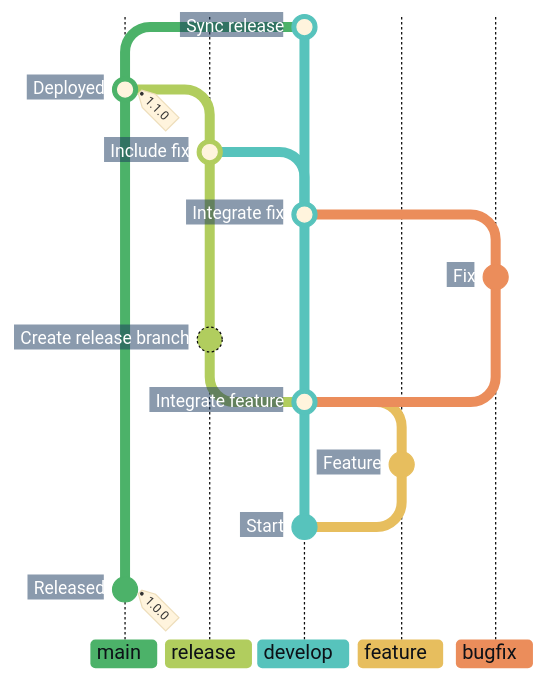
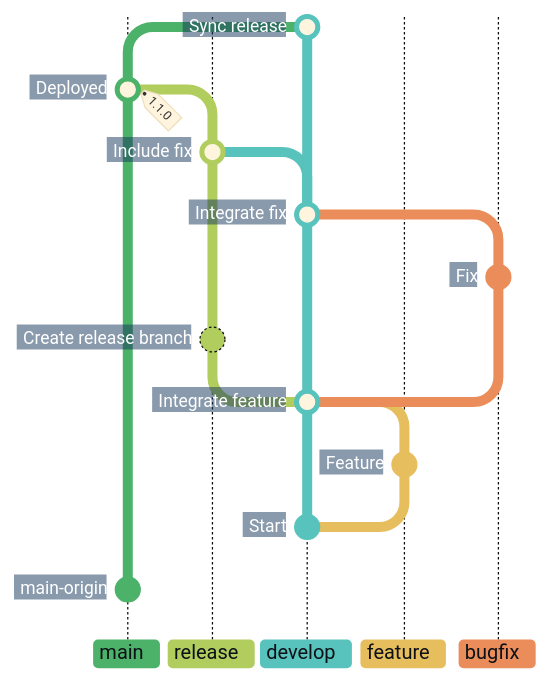
The first of 7 diagrams in docs/adr/cicd.md (superhero/operations.superduper.solutions), drawn with Mermaid before and after one commit.

Commit message:
docs: remove the initial main marker from the overview
Hide the initial main commit and omit its version tag while preserving the structural anchor Mermaid needs for release publication.

````diff
--- a/docs/adr/cicd.md
+++ b/docs/adr/cicd.md
@@ -15,34 +15,35 @@
 ```mermaid
-%%{init: {"theme": "base", "themeCSS": "line.branch { stroke: #8B949E; stroke-width: 1px; stroke-dasharray: 1 4; stroke-linecap: round; } .branchLabel, .tag-label { font-weight: 700; } .tag-label-bkg, .commit-label-bkg { opacity: 0.9; } .tag-label-bkg { fill: #B8E6C4; stroke: #8ED3A2; } .branchLabelBkg { opacity: 1; clip-path: inset(0 8px 0 0 round 4px) fill-box; } .commit-labels g:nth-last-of-type(-n+2) { visibility: hidden; } .commit-labels g { transform-box: fill-box; transform-origin: calc(100% + 17px) calc(50% + 2px); transform: rotate(-10deg); } .commit-label { font-weight: 700; transform: translateX(-8px); } .commit-label-bkg { stroke: #17365D; stroke-width: 20px; transform: translateX(-5px); clip-path: polygon(-4px -4px, calc(100% + 4px) -4px, calc(100% + 10px) 50%, calc(100% + 4px) calc(100% + 4px), -4px calc(100% + 4px)) fill-box; } .commit.branch { stroke: #B1CD5E; stroke-dasharray: none; }", "gitGraph": {"showCommitLabel": true, "rotateCommitLabel": false}, "themeVariables": {
+%%{init: {"theme": "base", "themeCSS": "line.branch { stroke: #8B949E; stroke-width: 1px; stroke-dasharray: 1 4; stroke-linecap: round; } .branchLabel, .tag-label { font-weight: 700; } .tag-label-bkg, .commit-label-bkg { opacity: 0.9; } .tag-label-bkg { fill: #B8E6C4; stroke: #8ED3A2; } .branchLabelBkg { opacity: 1; clip-path: inset(0 8px 0 0 round 4px) fill-box; } .commit-labels g:nth-last-of-type(-n+2), .commit.main-origin { visibility: hidden; } .commit-labels g { transform-box: fill-box; transform-origin: calc(100% + 17px) calc(50% + 2px); transform: rotate(-10deg); } .commit-label { font-weight: 700; transform: translateX(-8px); } .commit-label-bkg { stroke: #17365D; stroke-width: 20px; transform: translateX(-5px); clip-path: polygon(-4px -4px, calc(100% + 4px) -4px, calc(100% + 10px) 50%, calc(100% + 4px) calc(100% + 4px), -4px calc(100% + 4px)) fill-box; } .commit.branch { stroke: #B1CD5E; stroke-dasharray: none; }", "gitGraph": {"showCommitLabel": true, "rotateCommitLabel": false}, "themeVariables": {
     "commitLabelFontSize": "14px", "commitLabelColor": "#FFFFFF", "commitLabelBackground": "#17365D",
     "git0": "#4CB269", "gitBranchLabel0": "#0D1117",
     "git1": "#B1CD5E", "gitBranchLabel1": "#0D1117",
     "git2": "#57C3BC", "gitBranchLabel2": "#0D1117",
     "git3": "#E7BE5E", "gitBranchLabel3": "#0D1117",
     "git4": "#EB8D5B", "gitBranchLabel4": "#0D1117"
 }}}%%
 gitGraph BT:
     %% Show existing main and develop lanes with earlier ancestry and initial notes omitted.
     branch develop order: 2
     checkout main
-    commit id: "Released" tag: "1.0.0"
+    %% Keep an invisible main anchor for the later release merge.
+    commit id: "main-origin"
     checkout develop
     commit id: "Start"
     branch "feature" order: 3
     commit id: "Feature"
     checkout develop
     merge "feature" id: "Integrate feature"
     branch "release" order: 1
     commit id: "Create release branch"
     checkout develop
     branch "bugfix" order: 4
     commit id: "Fix"
     checkout develop
     merge "bugfix" id: "Integrate fix"
     checkout "release"
     merge develop id: "Include fix"
     checkout main
     merge "release" id: "Deployed" tag: "1.1.0"
     checkout develop
     merge main id: "Sync release"
 ```
````
